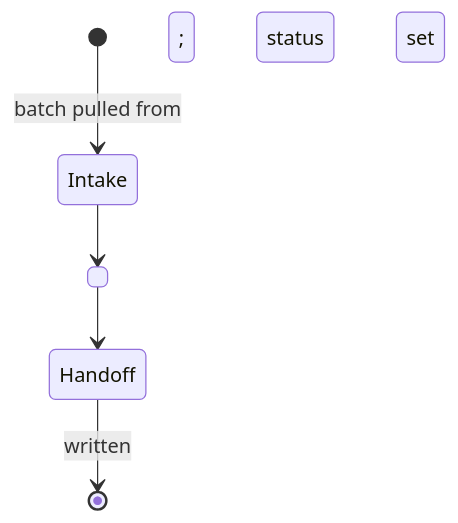
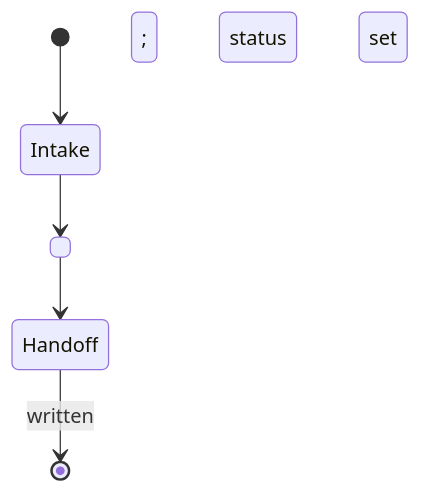
The diagram in ai/agent-skills/delegated-work/templates/role.md (disusered/dotfiles-universal), drawn with Mermaid before and after one commit. The commit also changed other lines of this file and 19 other files, not shown here.

````diff
--- a/ai/agent-skills/delegated-work/templates/role.md
+++ b/ai/agent-skills/delegated-work/templates/role.md
@@ -15,7 +19,7 @@
 ```mermaid
 stateDiagram-v2
-  [*] --> Intake: batch pulled from <queue>
+  [*] --> Intake: <minimum input located>
   Intake --> <State>: <checkable guard>
   <State> --> Handoff: <checkable guard>
   Handoff --> [*]: <artifact> written; status set
 ```
````
